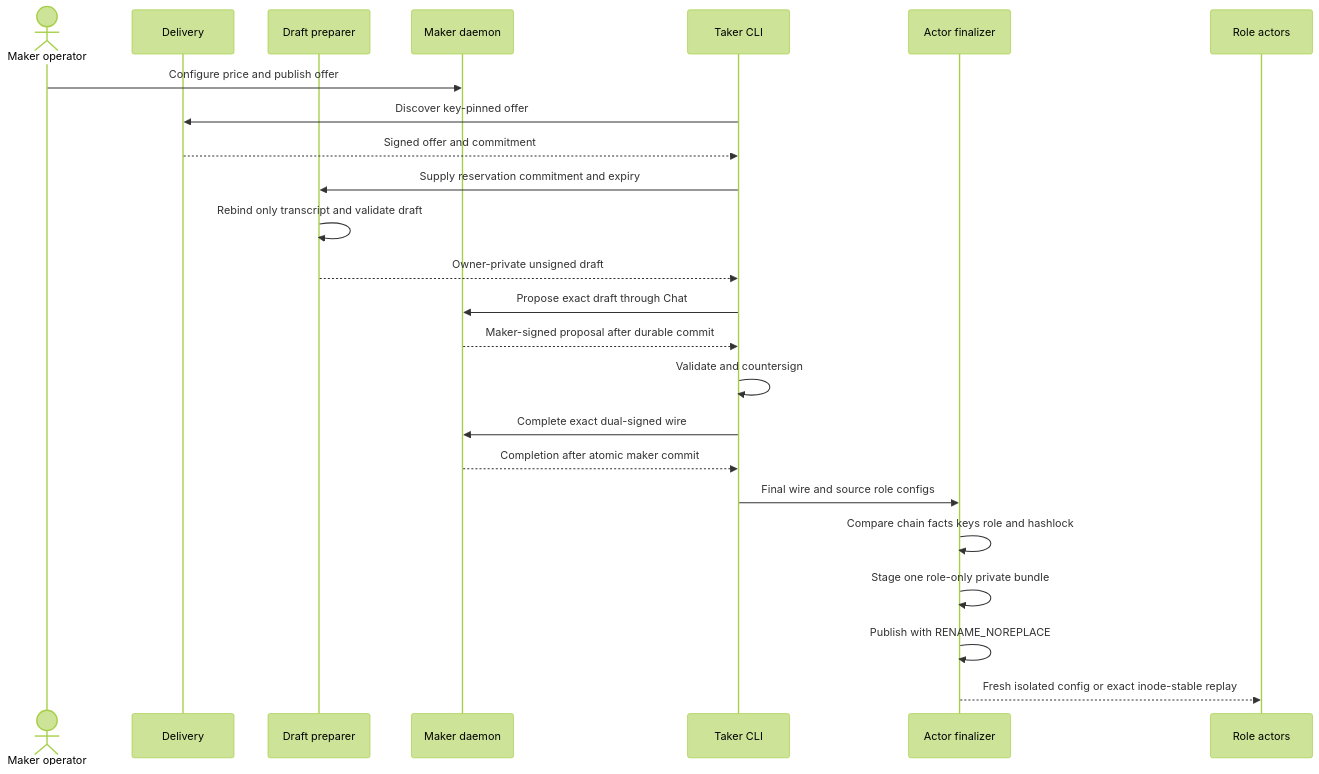
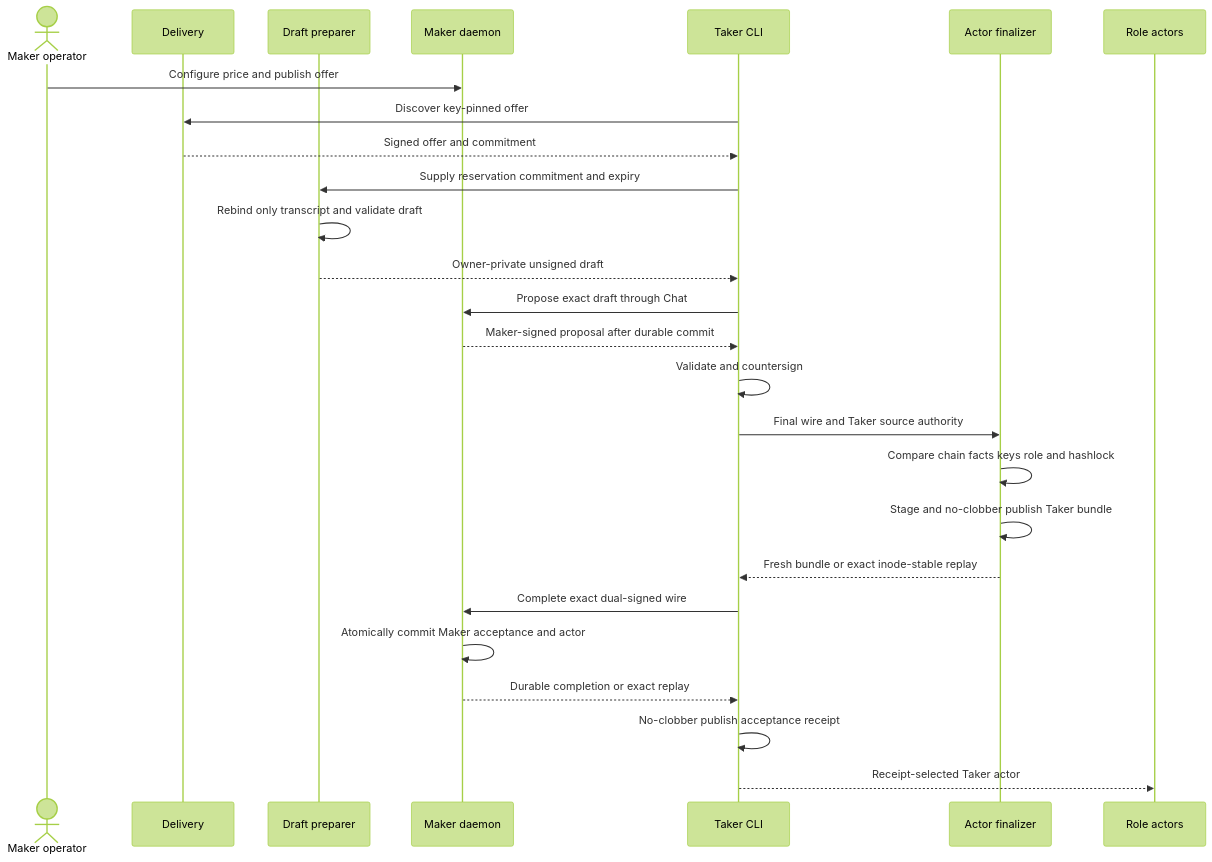
One commit to gateway-fm/lez-atomic-swaps changed the second of 2 diagrams in docs/architecture/0093-rebind-chat-agreements-into-fresh-actors.md. Above: the diagram before and after it, drawn with Mermaid (forest theme). The commit also changed other lines of this file and 13 other files, not shown here.

Commit message:
feat(m5): bind taker lifecycle to acceptance receipts

````diff
--- a/docs/architecture/0093-rebind-chat-agreements-into-fresh-actors.md
+++ b/docs/architecture/0093-rebind-chat-agreements-into-fresh-actors.md
@@ -77,27 +85,29 @@
 ```mermaid
 sequenceDiagram
     actor O as Maker operator
     participant D as Delivery
     participant P as Draft preparer
     participant M as Maker daemon
     participant T as Taker CLI
     participant F as Actor finalizer
     participant A as Role actors
 
     O->>M: Configure price and publish offer
     T->>D: Discover key-pinned offer
     D-->>T: Signed offer and commitment
     T->>P: Supply reservation commitment and expiry
     P->>P: Rebind only transcript and validate draft
     P-->>T: Owner-private unsigned draft
     T->>M: Propose exact draft through Chat
     M-->>T: Maker-signed proposal after durable commit
     T->>T: Validate and countersign
+    T->>F: Final wire and Taker source authority
+    F->>F: Compare chain facts keys role and hashlock
+    F->>F: Stage and no-clobber publish Taker bundle
+    F-->>T: Fresh bundle or exact inode-stable replay
     T->>M: Complete exact dual-signed wire
-    M-->>T: Completion after atomic maker commit
-    T->>F: Final wire and source role configs
-    F->>F: Compare chain facts keys role and hashlock
-    F->>F: Stage one role-only private bundle
-    F->>F: Publish with RENAME_NOREPLACE
-    F-->>A: Fresh isolated config or exact inode-stable replay
+    M->>M: Atomically commit Maker acceptance and actor
+    M-->>T: Durable completion or exact replay
+    T->>T: No-clobber publish acceptance receipt
+    T-->>A: Receipt-selected Taker actor
 ```
````
